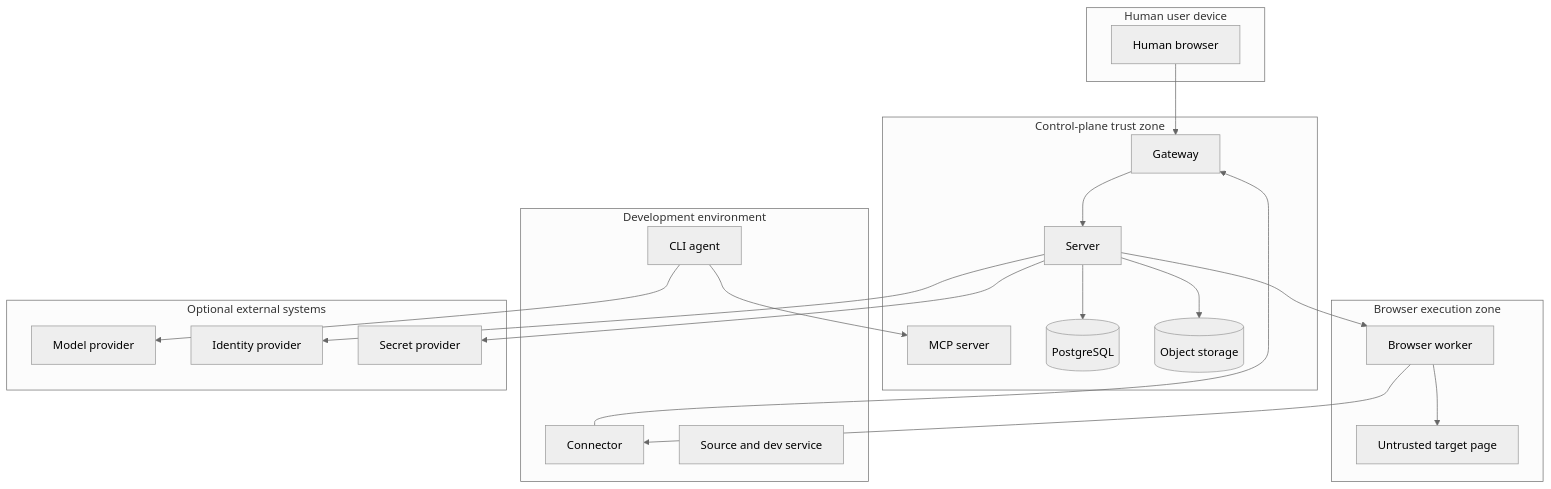
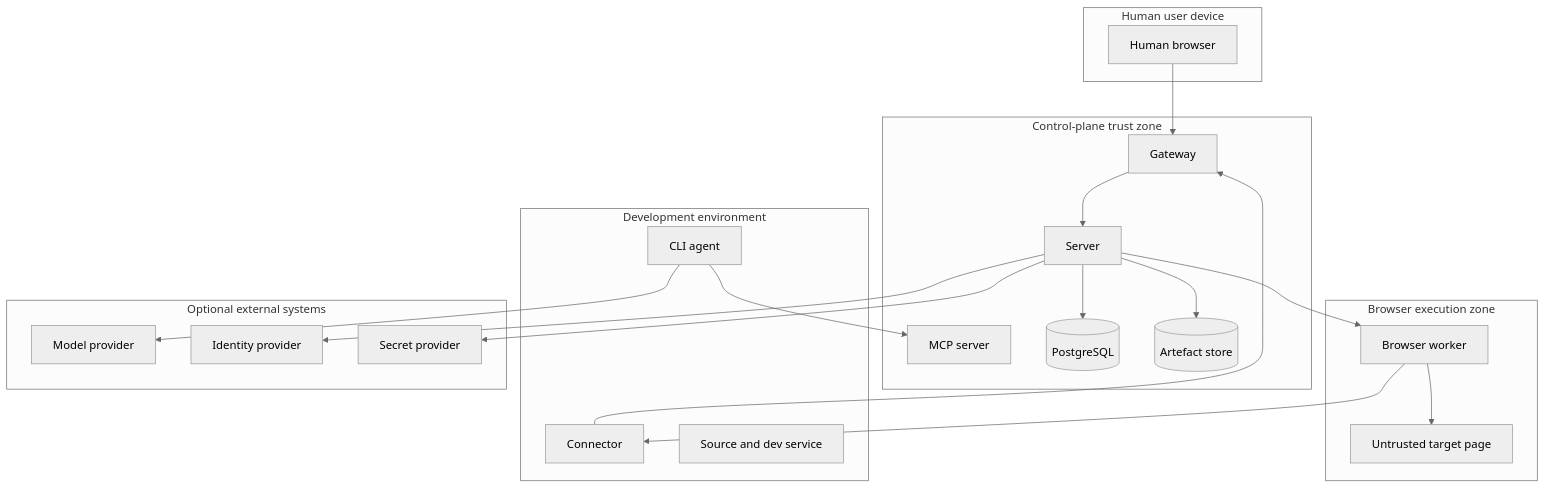
The diagram in docs/SECURITY.md (danjonesio/reviewplane), drawn with Mermaid (neutral theme) before and after one commit. The commit also changed other lines of this file and 18 other files, not shown here.

Commit message:
ADR-0011 and ADR-0012: Vite React SPA; pluggable artefact store

````diff
--- a/docs/SECURITY.md
+++ b/docs/SECURITY.md
@@ -28,40 +28,40 @@
 ```mermaid
 flowchart TB
     subgraph UserZone[Human user device]
       HB[Human browser]
     end
     subgraph ControlZone[Control-plane trust zone]
       GW[Gateway]
       CP[Server]
       MCP[MCP server]
       DB[(PostgreSQL)]
-      OS[(Object storage)]
+      OS[(Artefact store)]
     end
     subgraph BrowserZone[Browser execution zone]
       BW[Browser worker]
       APP[Untrusted target page]
     end
     subgraph DevZone[Development environment]
       CON[Connector]
       CODE[Source and dev service]
       AG[CLI agent]
     end
     subgraph ExternalZone[Optional external systems]
       MODEL[Model provider]
       IDP[Identity provider]
       SECRET[Secret provider]
     end
 
     HB --> GW
     AG --> MCP
     CON --> GW
     GW --> CP
     CP --> DB
     CP --> OS
     CP --> BW
     BW --> APP
     BW --> CON
     AG --> MODEL
     CP --> IDP
     CP --> SECRET
 ```
````
